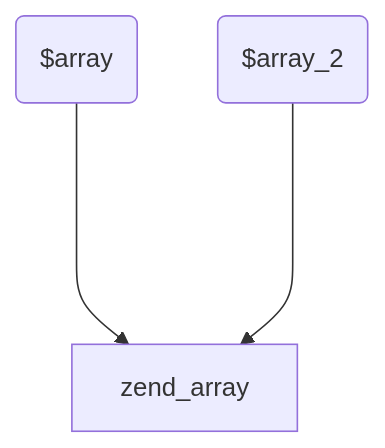
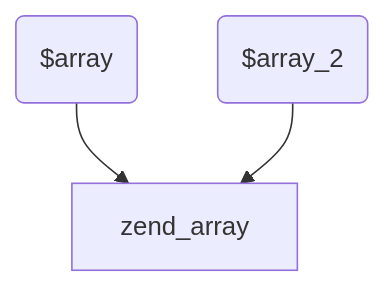
Before and after one commit to huanghantao/huanghantao.github.io: the first of 3 diagrams in source/_posts/PHP内核之foreach.md, drawn with Mermaid. The commit also changed other lines of this file, not shown here.

````diff
--- a/source/_posts/PHP内核之foreach.md
+++ b/source/_posts/PHP内核之foreach.md
@@ -103,5 +103,5 @@
 ```mermaid
 graph TB
-    1($array)---->3[zend_array]
-    2($array_2)---->3[zend_array]
+    1($array) --> 3[zend_array]
+    2($array_2) --> 3[zend_array]
 ```
````
